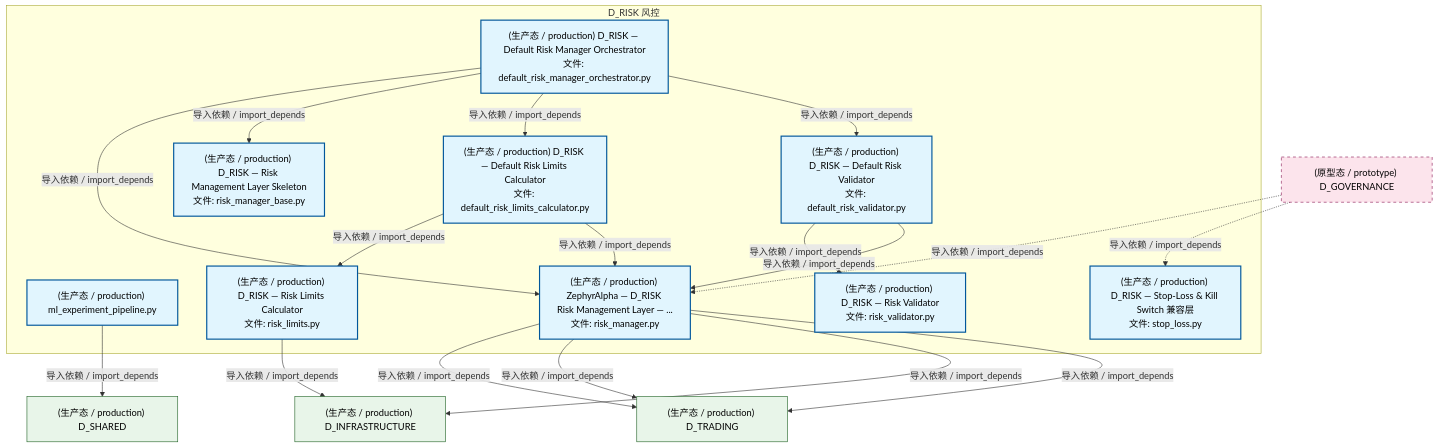
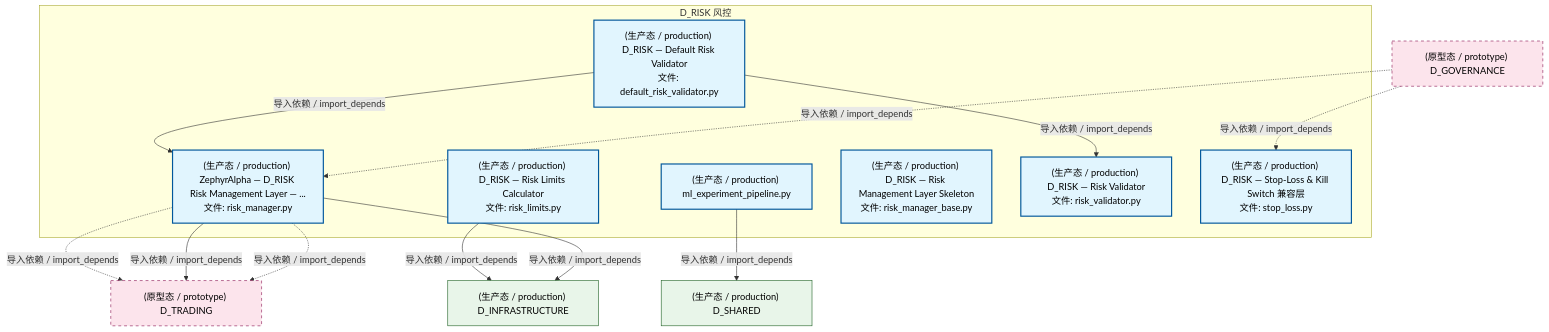
One commit to xuanFelixVan/ZephyrAlpha changed the second of 4 diagrams in docs/02_enterprise_architecture/02_domain_architecture_docs/54_d_risk.md. Above: the diagram before and after it, drawn with Mermaid. The commit also changed other lines of this file and 126 other files, not shown here.

````diff
--- a/docs/02_enterprise_architecture/02_domain_architecture_docs/54_d_risk.md
+++ b/docs/02_enterprise_architecture/02_domain_architecture_docs/54_d_risk.md
@@ -187,41 +188,33 @@
 ```mermaid
 graph TD
     subgraph D_RISK["D_RISK 风控"]
         src_zephyr_risk_cross_asset_cross_market_data_adapter_ml_experiment_pipeline_py["(生产态 / production) ml_experiment_pipeline.py"]
-        src_zephyr_risk_implementations_default_risk_limits_calculator_py["(生产态 / production) D_RISK — Default Risk Limits Calculator<br/>文件: default_risk_limits_calculator.py"]
-        src_zephyr_risk_implementations_default_risk_manager_orchestrator_py["(生产态 / production) D_RISK — Default Risk Manager Orchestrator<br/>文件: default_risk_manager_orchestrator.py"]
         src_zephyr_risk_implementations_default_risk_validator_py["(生产态 / production) D_RISK — Default Risk Validator<br/>文件: default_risk_validator.py"]
         src_zephyr_risk_risk_limits_py["(生产态 / production) D_RISK — Risk Limits Calculator<br/>文件: risk_limits.py"]
         src_zephyr_risk_risk_manager_py["(生产态 / production) ZephyrAlpha — D_RISK Risk Management Layer — ...<br/>文件: risk_manager.py"]
         src_zephyr_risk_risk_manager_base_py["(生产态 / production) D_RISK — Risk Management Layer Skeleton<br/>文件: risk_manager_base.py"]
         src_zephyr_risk_risk_validator_py["(生产态 / production) D_RISK — Risk Validator<br/>文件: risk_validator.py"]
         src_zephyr_risk_stop_loss_py["(生产态 / production) D_RISK — Stop-Loss & Kill Switch 兼容层<br/>文件: stop_loss.py"]
     end
-    src_zephyr_risk_implementations_default_risk_limits_calculator_py -->|导入依赖 / import_depends| src_zephyr_risk_risk_limits_py
-    src_zephyr_risk_implementations_default_risk_limits_calculator_py -->|导入依赖 / import_depends| src_zephyr_risk_risk_manager_py
     src_zephyr_risk_implementations_default_risk_validator_py -->|导入依赖 / import_depends| src_zephyr_risk_risk_validator_py
     src_zephyr_risk_implementations_default_risk_validator_py -->|导入依赖 / import_depends| src_zephyr_risk_risk_manager_py
-    src_zephyr_risk_implementations_default_risk_manager_orchestrator_py -->|导入依赖 / import_depends| src_zephyr_risk_risk_manager_py
-    src_zephyr_risk_implementations_default_risk_manager_orchestrator_py -->|导入依赖 / import_depends| src_zephyr_risk_risk_manager_base_py
-    src_zephyr_risk_implementations_default_risk_manager_orchestrator_py -->|导入依赖 / import_depends| src_zephyr_risk_implementations_default_risk_limits_calculator_py
-    src_zephyr_risk_implementations_default_risk_manager_orchestrator_py -->|导入依赖 / import_depends| src_zephyr_risk_implementations_default_risk_validator_py
     D_INFRASTRUCTURE["(生产态 / production) D_INFRASTRUCTURE"]
     src_zephyr_risk_risk_limits_py -->|导入依赖 / import_depends| D_INFRASTRUCTURE
-    D_TRADING["(生产态 / production) D_TRADING"]
-    src_zephyr_risk_risk_manager_py -->|导入依赖 / import_depends| D_TRADING
+    D_TRADING["(原型态 / prototype) D_TRADING"]
+    src_zephyr_risk_risk_manager_py -.->|导入依赖 / import_depends| D_TRADING
     src_zephyr_risk_risk_manager_py -->|导入依赖 / import_depends| D_TRADING
     src_zephyr_risk_risk_manager_py -->|导入依赖 / import_depends| D_INFRASTRUCTURE
-    src_zephyr_risk_risk_manager_py -->|导入依赖 / import_depends| D_TRADING
     D_SHARED["(生产态 / production) D_SHARED"]
     src_zephyr_risk_cross_asset_cross_market_data_adapter_ml_experiment_pipeline_py -->|导入依赖 / import_depends| D_SHARED
+    src_zephyr_risk_risk_manager_py -.->|导入依赖 / import_depends| D_TRADING
     D_GOVERNANCE["(原型态 / prototype) D_GOVERNANCE"]
     D_GOVERNANCE -.->|导入依赖 / import_depends| src_zephyr_risk_risk_manager_py
     D_GOVERNANCE -.->|导入依赖 / import_depends| src_zephyr_risk_stop_loss_py
     classDef production fill:#e1f5fe,stroke:#01579b,stroke-width:2px,color:#000
     classDef design fill:#fff3e0,stroke:#e65100,stroke-width:2px,color:#000,stroke-dasharray: 5 5
     classDef external_prod fill:#e8f5e9,stroke:#1b5e20,stroke-width:1px,color:#000
     classDef external_design fill:#fce4ec,stroke:#880e4f,stroke-width:1px,color:#000,stroke-dasharray: 5 5
-    class src_zephyr_risk_cross_asset_cross_market_data_adapter_ml_experiment_pipeline_py,src_zephyr_risk_implementations_default_risk_limits_calculator_py,src_zephyr_risk_implementations_default_risk_manager_orchestrator_py,src_zephyr_risk_implementations_default_risk_validator_py,src_zephyr_risk_risk_limits_py,src_zephyr_risk_risk_manager_py,src_zephyr_risk_risk_manager_base_py,src_zephyr_risk_risk_validator_py,src_zephyr_risk_stop_loss_py production
-    class D_INFRASTRUCTURE,D_TRADING,D_SHARED external_prod
-    class D_GOVERNANCE external_design
+    class src_zephyr_risk_cross_asset_cross_market_data_adapter_ml_experiment_pipeline_py,src_zephyr_risk_implementations_default_risk_validator_py,src_zephyr_risk_risk_limits_py,src_zephyr_risk_risk_manager_py,src_zephyr_risk_risk_manager_base_py,src_zephyr_risk_risk_validator_py,src_zephyr_risk_stop_loss_py production
+    class D_INFRASTRUCTURE,D_SHARED external_prod
+    class D_TRADING,D_GOVERNANCE external_design
 ```
````
